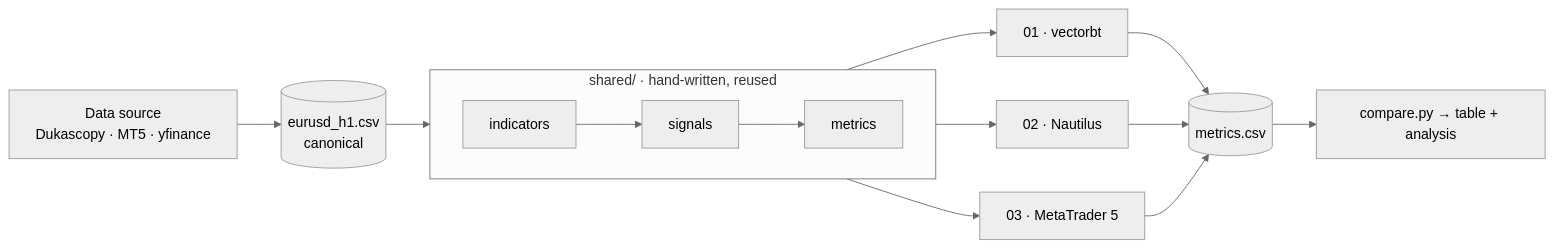
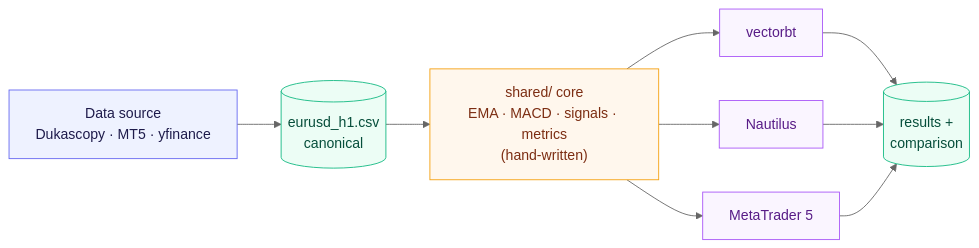
Before and after one commit to guptabhishekumar/triangulate: the fourth of 5 diagrams in README.md, drawn with Mermaid (neutral theme). The commit also changed other lines of this file, not shown here.

Commit message:
docs: rebuild architecture & indicator pipeline diagrams (GitHub-robust + colour-coded)

````diff
--- a/README.md
+++ b/README.md
@@ -101,16 +110,17 @@
 ```mermaid
 flowchart LR
-    SRC["Data source<br/>Dukascopy · MT5 · yfinance"] --> CSV[("eurusd_h1.csv<br/>canonical")]
-    CSV --> CORE
-    subgraph CORE["shared/ · hand-written, reused"]
-      direction LR
-      IND[indicators] --> SIG[signals] --> MET[metrics]
-    end
-    CORE --> V["01 · vectorbt"]
-    CORE --> N["02 · Nautilus"]
-    CORE --> M["03 · MetaTrader 5"]
-    V --> R[("metrics.csv")]
-    N --> R
-    M --> R
-    R --> CMP["compare.py → table + analysis"]
+    SRC["Data source<br/>Dukascopy · MT5 · yfinance"]:::src
+    CSV[("eurusd_h1.csv<br/>canonical")]:::data
+    CORE["shared/ core<br/>EMA · MACD · signals · metrics<br/>(hand-written)"]:::core
+    V["vectorbt"]:::eng
+    N["Nautilus"]:::eng
+    M["MetaTrader 5"]:::eng
+    OUT[("results +<br/>comparison")]:::data
+    SRC --> CSV --> CORE
+    CORE --> V & N & M
+    V & N & M --> OUT
+    classDef src fill:#eef2ff,stroke:#6366f1,color:#1e1b4b;
+    classDef data fill:#ecfdf5,stroke:#10b981,color:#064e3b;
+    classDef core fill:#fff7ed,stroke:#f59e0b,color:#7c2d12;
+    classDef eng fill:#faf5ff,stroke:#a855f7,color:#581c87;
 ```
````
